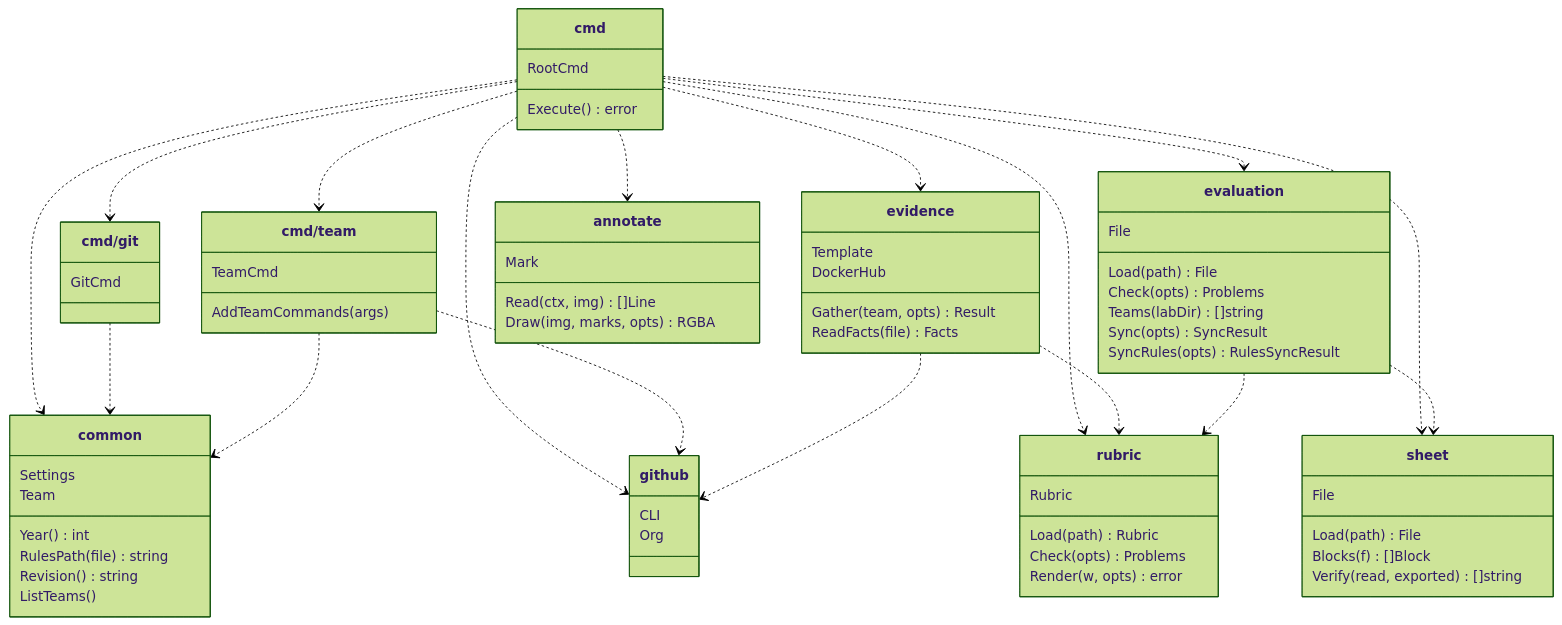
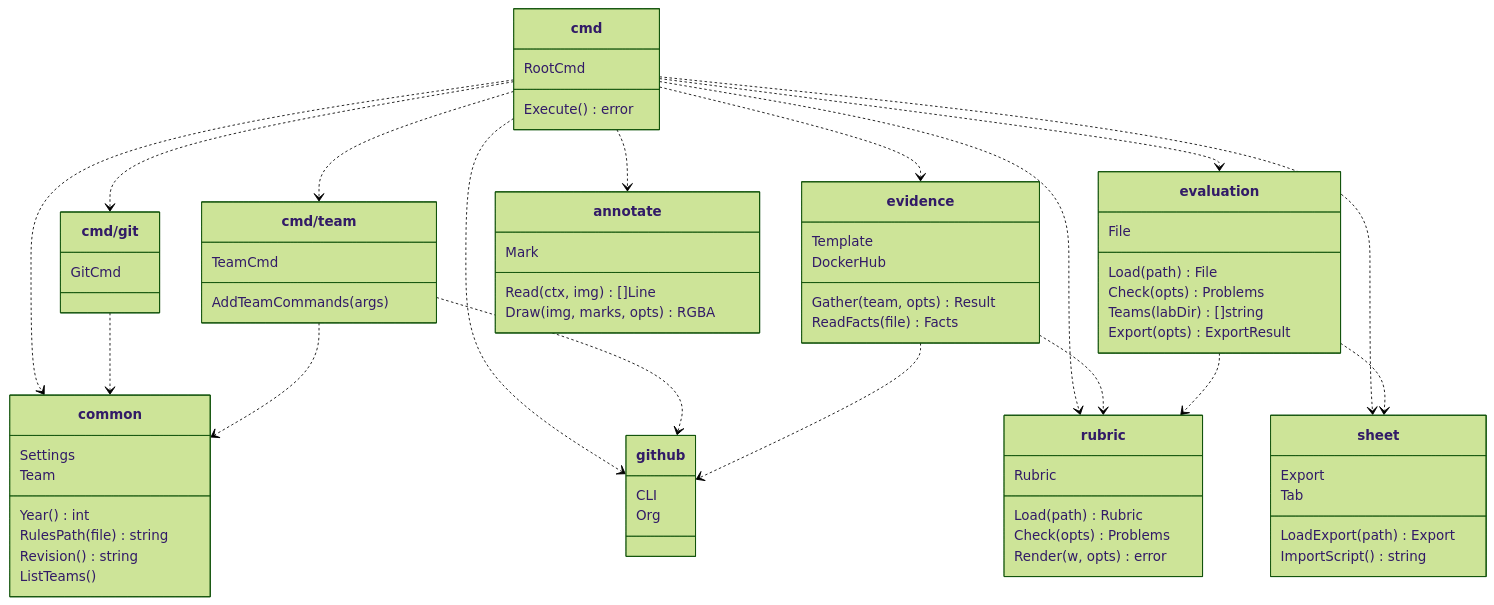
The diagram in CONTRIBUTING.md (mincong-classroom/mc), drawn with Mermaid (forest theme) before and after one commit. The commit also changed other lines of this file and 36 other files, not shown here.

Commit message:
Import the evaluation sheet with a script of the spreadsheet, mc eval export (#41)

````diff
--- a/CONTRIBUTING.md
+++ b/CONTRIBUTING.md
@@ -25,74 +25,73 @@
 ```mermaid
 classDiagram
     direction TB
     class cmd {
         RootCmd
         Execute() error
     }
     class cmd_git["cmd/git"] {
         GitCmd
     }
     class cmd_team["cmd/team"] {
         TeamCmd
         AddTeamCommands(args)
     }
     class common {
         Settings
         Team
         Year() int
         RulesPath(file) string
         Revision() string
         ListTeams()
     }
     class github {
         CLI
         Org
     }
     class rubric {
         Rubric
         Load(path) Rubric
         Check(opts) Problems
         Render(w, opts) error
     }
     class evidence {
         Gather(team, opts) Result
         ReadFacts(file) Facts
         Template
         DockerHub
     }
     class evaluation {
         File
         Load(path) File
         Check(opts) Problems
         Teams(labDir) []string
-        Sync(opts) SyncResult
-        SyncRules(opts) RulesSyncResult
+        Export(opts) ExportResult
     }
     class sheet {
-        File
-        Load(path) File
-        Blocks(f) []Block
-        Verify(read, exported) []string
+        Export
+        Tab
+        LoadExport(path) Export
+        ImportScript() string
     }
     class annotate {
         Mark
         Read(ctx, img) []Line
         Draw(img, marks, opts) RGBA
     }
     cmd ..> cmd_git
     cmd ..> cmd_team
     cmd ..> common
     cmd ..> evidence
     cmd ..> evaluation
     cmd ..> annotate
     cmd ..> sheet
     cmd ..> github
     cmd ..> rubric
     cmd_git ..> common
     cmd_team ..> common
     cmd_team ..> github
     evidence ..> github
     evidence ..> rubric
     evaluation ..> rubric
     evaluation ..> sheet
 ```
````
